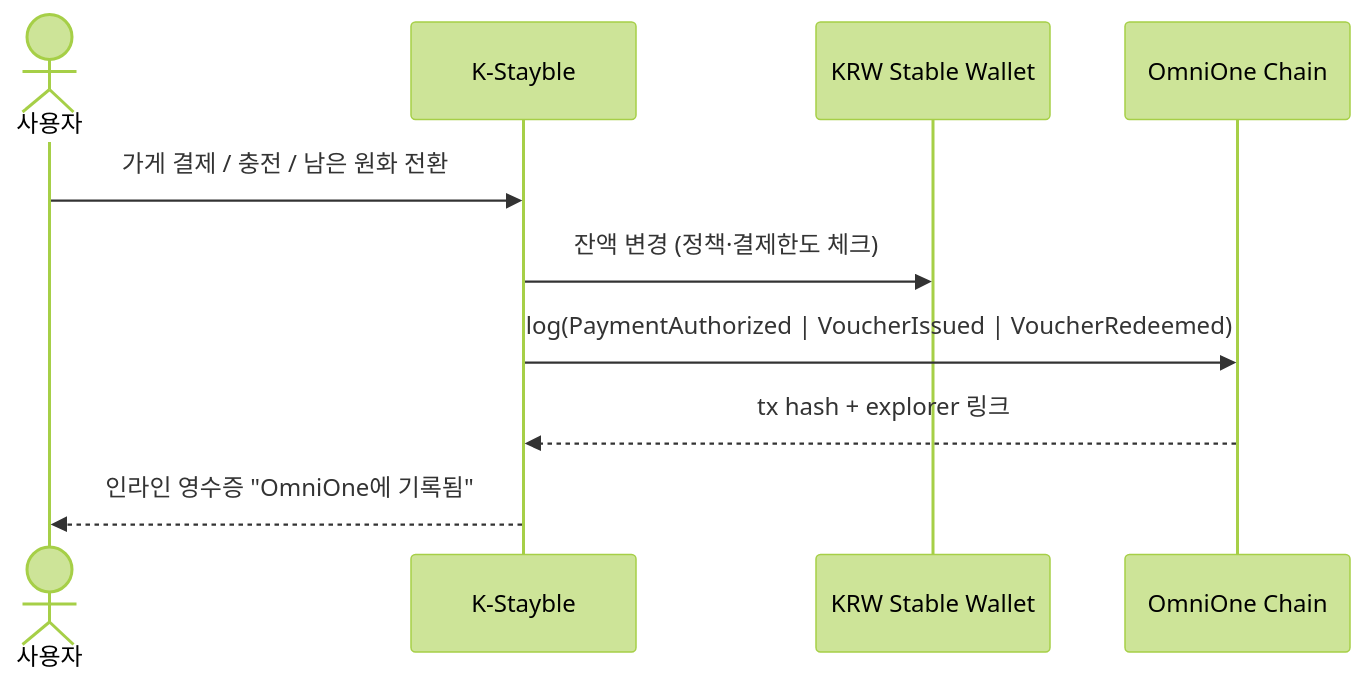
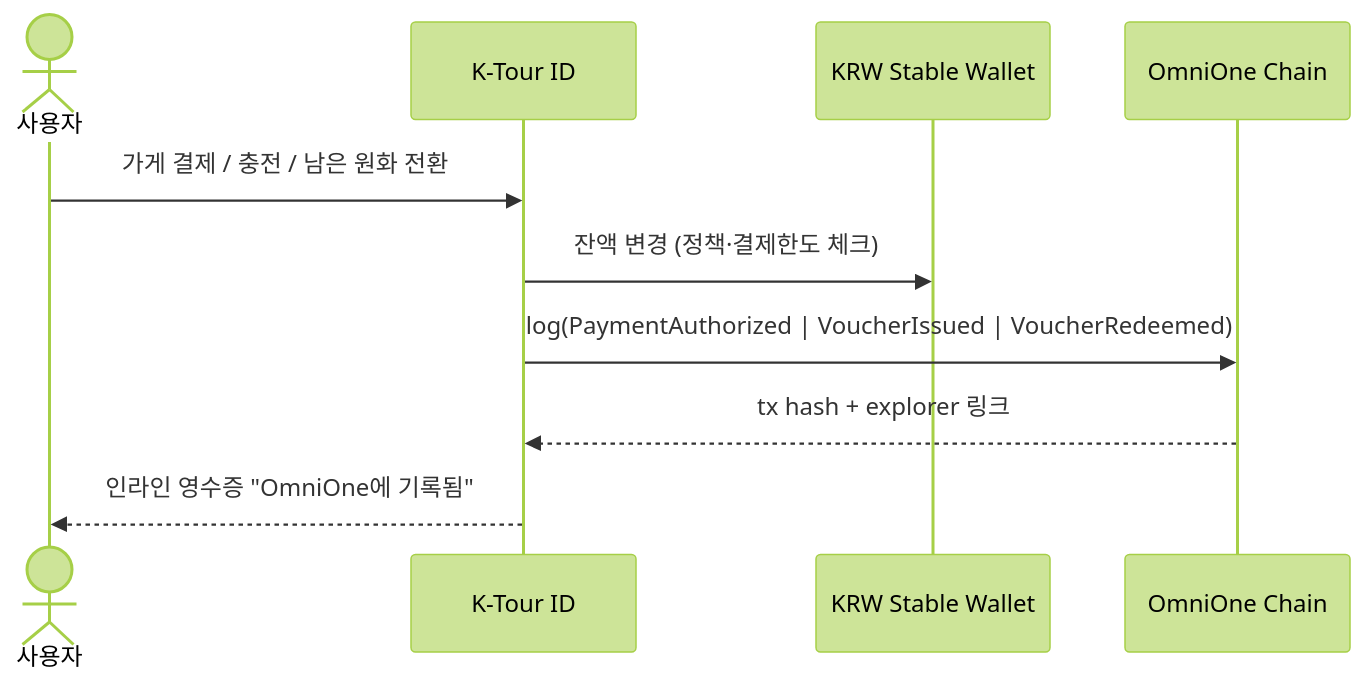
One commit to woogieboogie-jl/kstayble changed the second of 3 diagrams in kstayble-fe/docs/ARCHITECTURE.md. Above: the diagram before and after it, drawn with Mermaid (forest theme). The commit also changed other lines of this file and 17 other files, not shown here.

Commit message:
rename: K-Stayble -> K-Tour ID across app/KB/architecture/docs/README + force reply-language by detected input language

````diff
--- a/kstayble-fe/docs/ARCHITECTURE.md
+++ b/kstayble-fe/docs/ARCHITECTURE.md
@@ -51,12 +51,12 @@
 ```mermaid
 sequenceDiagram
     actor U as 사용자
-    participant App as K-Stayble
+    participant App as K-Tour ID
     participant W as KRW Stable Wallet
     participant Chain as OmniOne Chain
     U->>App: 가게 결제 / 충전 / 남은 원화 전환
     App->>W: 잔액 변경 (정책·결제한도 체크)
     App->>Chain: log(PaymentAuthorized | VoucherIssued | VoucherRedeemed)
     Chain-->>App: tx hash + explorer 링크
     App-->>U: 인라인 영수증 "OmniOne에 기록됨"
 ```
````
